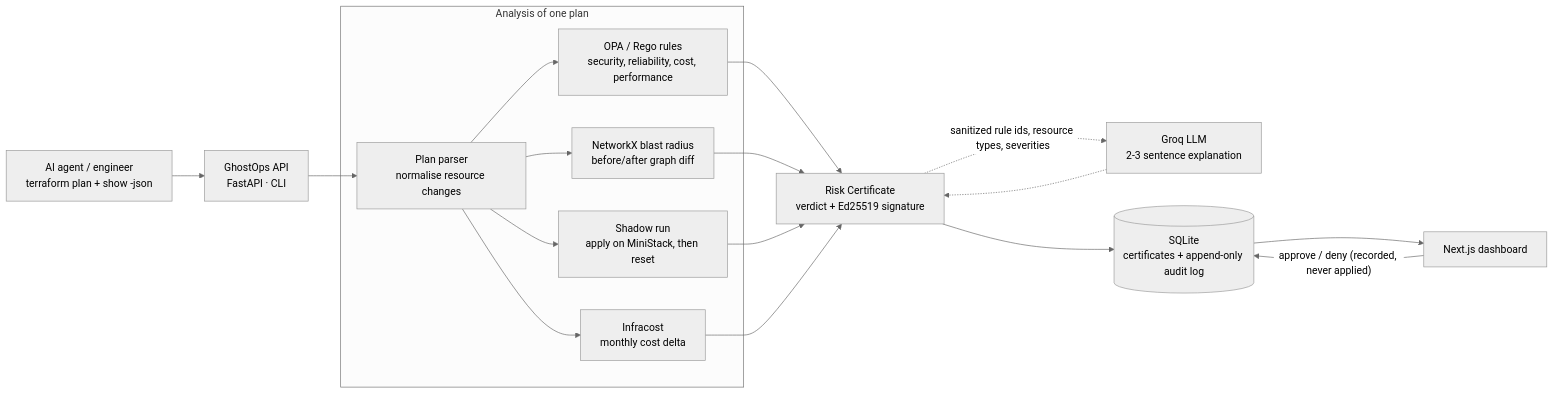
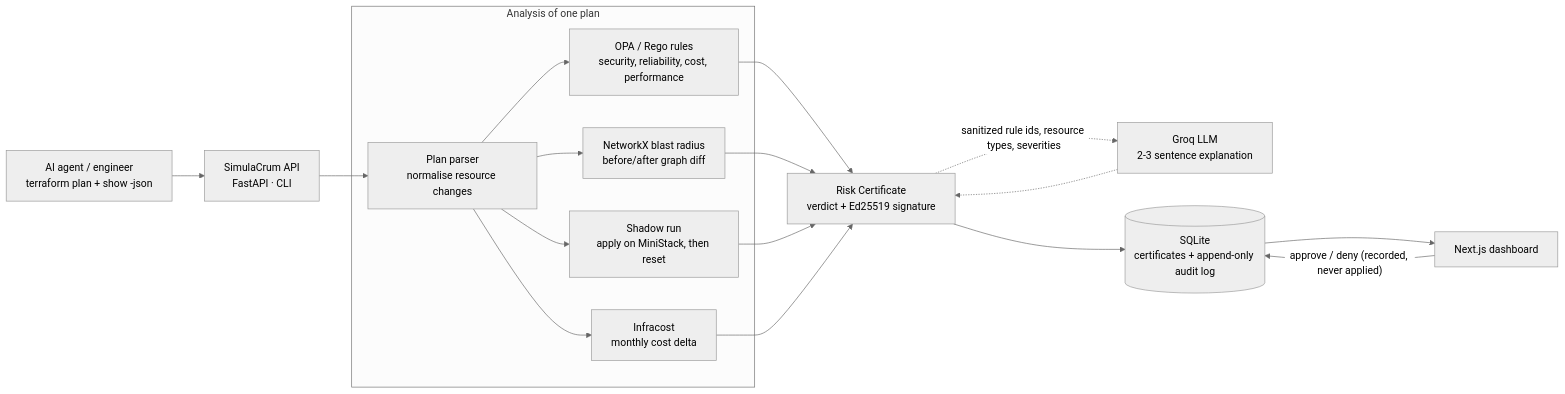
Before and after one commit to PR0XCITY/SimulaCrum: the diagram in README.md, drawn with Mermaid (neutral theme). The commit also changed other lines of this file, not shown here.

````diff
--- a/README.md
+++ b/README.md
@@ -29,29 +29,29 @@
 ```mermaid
 flowchart LR
-    agent["AI agent / engineer<br/>terraform plan + show -json"] --> api["GhostOps API<br/>FastAPI · CLI"]
+    agent["AI agent / engineer<br/>terraform plan + show -json"] --> api["SimulaCrum API<br/>FastAPI · CLI"]
 
     subgraph analysis["Analysis of one plan"]
         parser["Plan parser<br/>normalise resource changes"]
         opa["OPA / Rego rules<br/>security, reliability, cost, performance"]
         blast["NetworkX blast radius<br/>before/after graph diff"]
         shadow["Shadow run<br/>apply on MiniStack, then reset"]
         cost["Infracost<br/>monthly cost delta"]
     end
 
     api --> parser
     parser --> opa
     parser --> blast
     parser --> shadow
     parser --> cost
 
     opa --> cert["Risk Certificate<br/>verdict + Ed25519 signature"]
     blast --> cert
     shadow --> cert
     cost --> cert
     cert -. "sanitized rule ids, resource types, severities" .-> groq["Groq LLM<br/>2-3 sentence explanation"]
     groq -.-> cert
 
     cert --> db[("SQLite<br/>certificates + append-only audit log")]
     db --> dash["Next.js dashboard"]
     dash -- "approve / deny (recorded, never applied)" --> db
 ```
````
